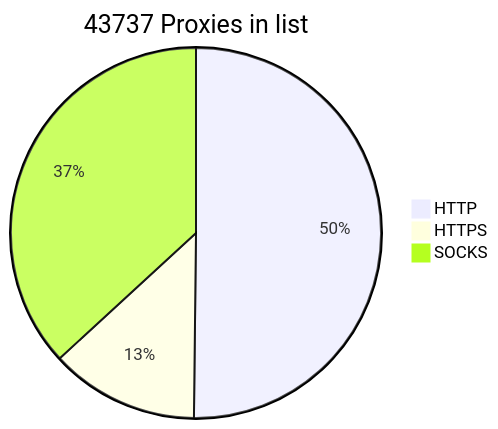
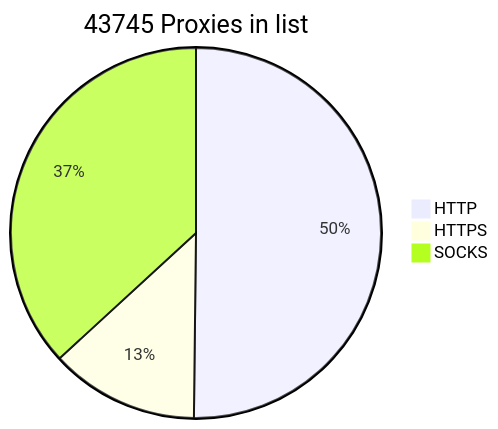
Before and after one commit to BlackSnowDot/proxylist-update-every-minute: the diagram in README.md, drawn with Mermaid.

````diff
--- a/README.md
+++ b/README.md
@@ -2,6 +2,6 @@
 ```mermaid
-pie title 43737 Proxies in list
-    "HTTP" : 24444
-    "HTTPS": 6328
+pie title 43745 Proxies in list
+    "HTTP" : 24449
+    "HTTPS": 6331
     "SOCKS" : 17943
 ```
````
